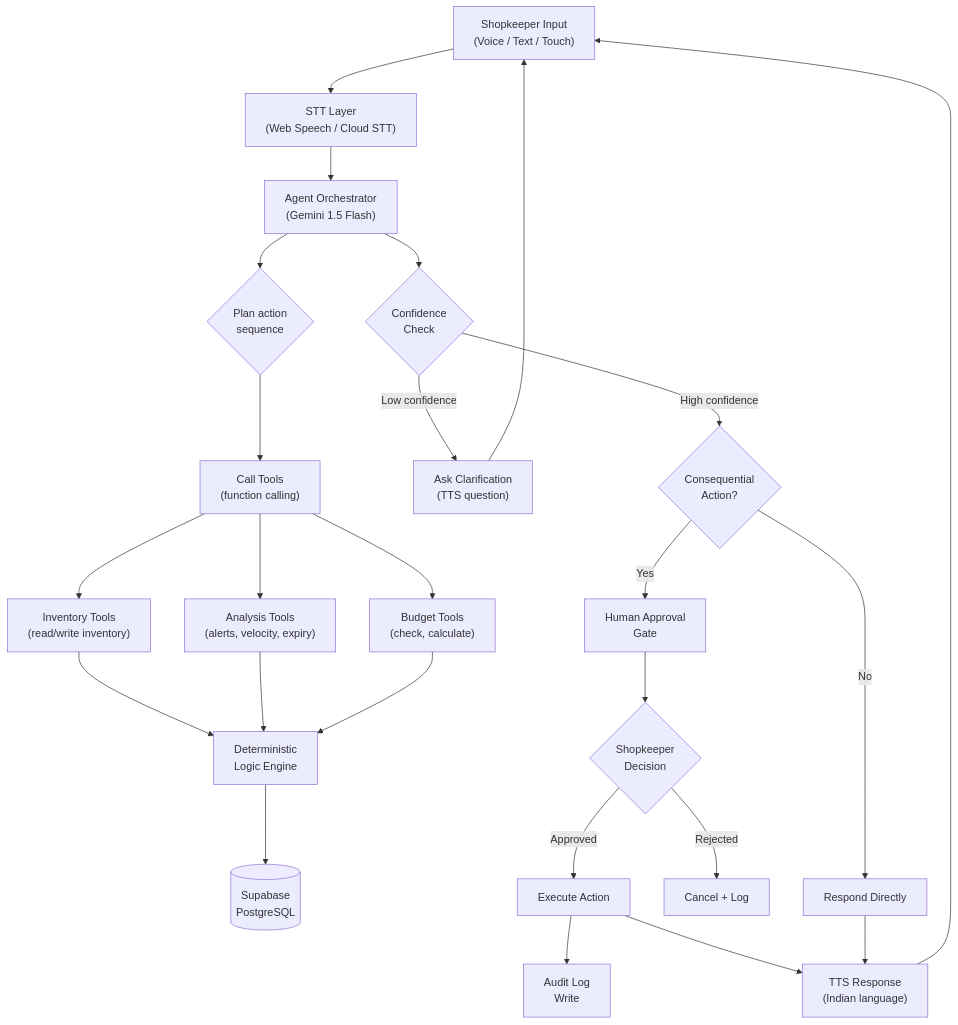
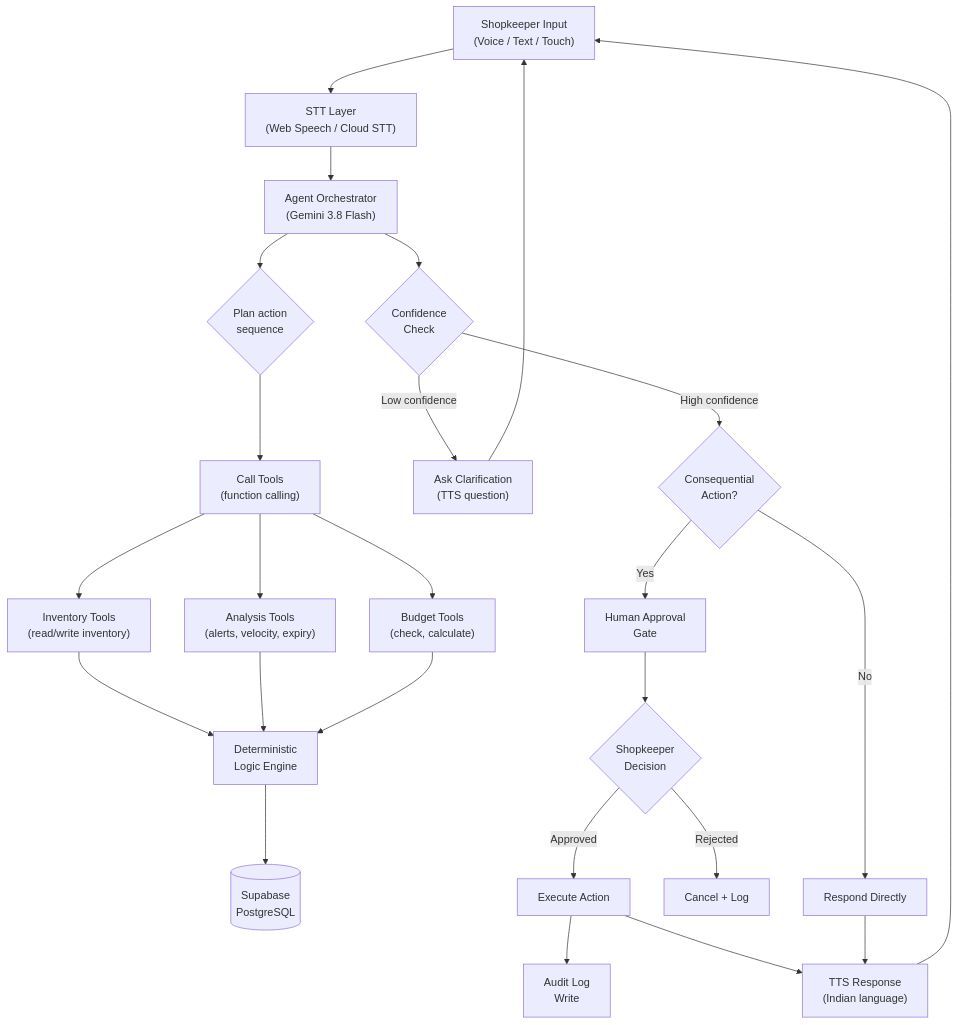
Before and after one commit to nithyashree94486-code/angadi-mitra: the diagram in docs/agentic_ai_workflow.md, drawn with Mermaid. The commit also changed other lines of this file and 12 other files, not shown here.

````diff
--- a/docs/agentic_ai_workflow.md
+++ b/docs/agentic_ai_workflow.md
@@ -277,27 +284,27 @@
 ```mermaid
 flowchart TD
     A["Shopkeeper Input\n(Voice / Text / Touch)"] --> B["STT Layer\n(Web Speech / Cloud STT)"]
-    B --> C["Agent Orchestrator\n(Gemini 1.5 Flash)"]
+    B --> C["Agent Orchestrator\n(Gemini 3.8 Flash)"]
     C --> D{"Plan action\nsequence"}
     D --> E["Call Tools\n(function calling)"]
     E --> F["Inventory Tools\n(read/write inventory)"]
     E --> G["Analysis Tools\n(alerts, velocity, expiry)"]
     E --> H["Budget Tools\n(check, calculate)"]
     F --> I["Deterministic\nLogic Engine"]
     G --> I
     H --> I
     I --> J[("Supabase\nPostgreSQL")]
     C --> K{"Confidence\nCheck"}
     K -->|"Low confidence"| L["Ask Clarification\n(TTS question)"]
     L --> A
     K -->|"High confidence"| M{"Consequential\nAction?"}
     M -->|"Yes"| N["Human Approval\nGate"]
     N --> O{"Shopkeeper\nDecision"}
     O -->|"Approved"| P["Execute Action"]
     O -->|"Rejected"| Q["Cancel + Log"]
     M -->|"No"| R["Respond Directly"]
     P --> S["Audit Log\nWrite"]
     P --> T["TTS Response\n(Indian language)"]
     R --> T
     T --> A
 ```
````
